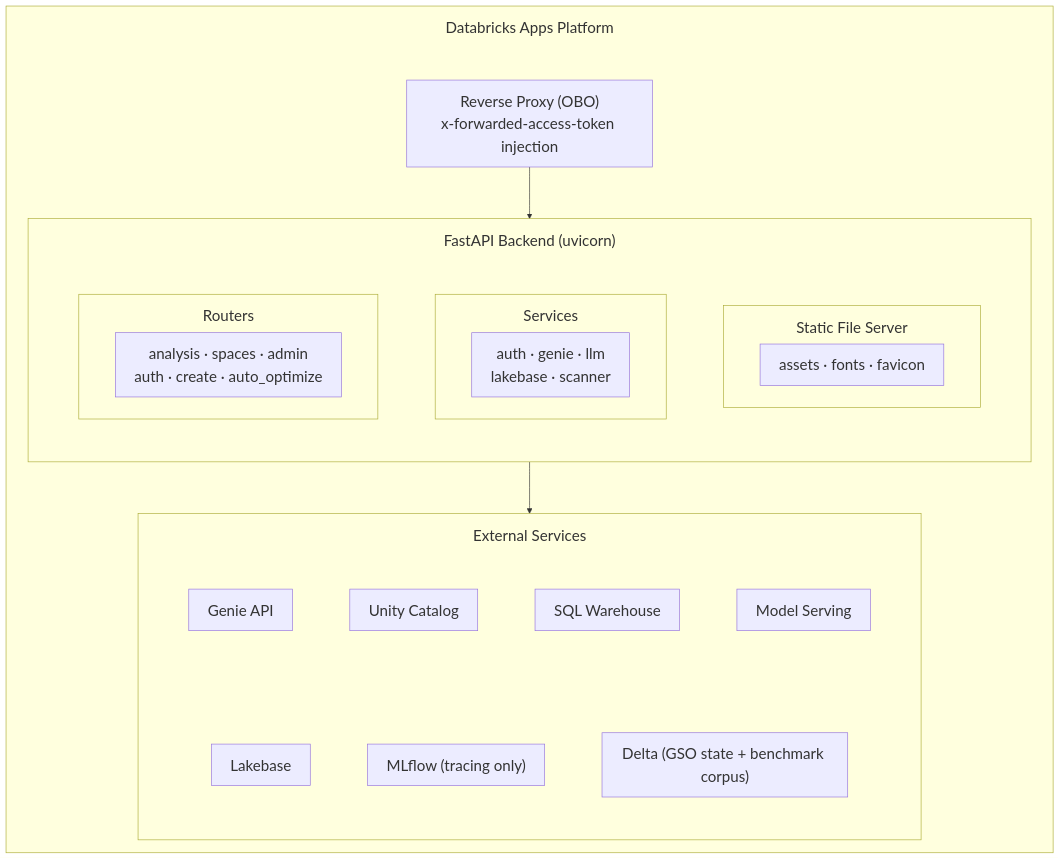
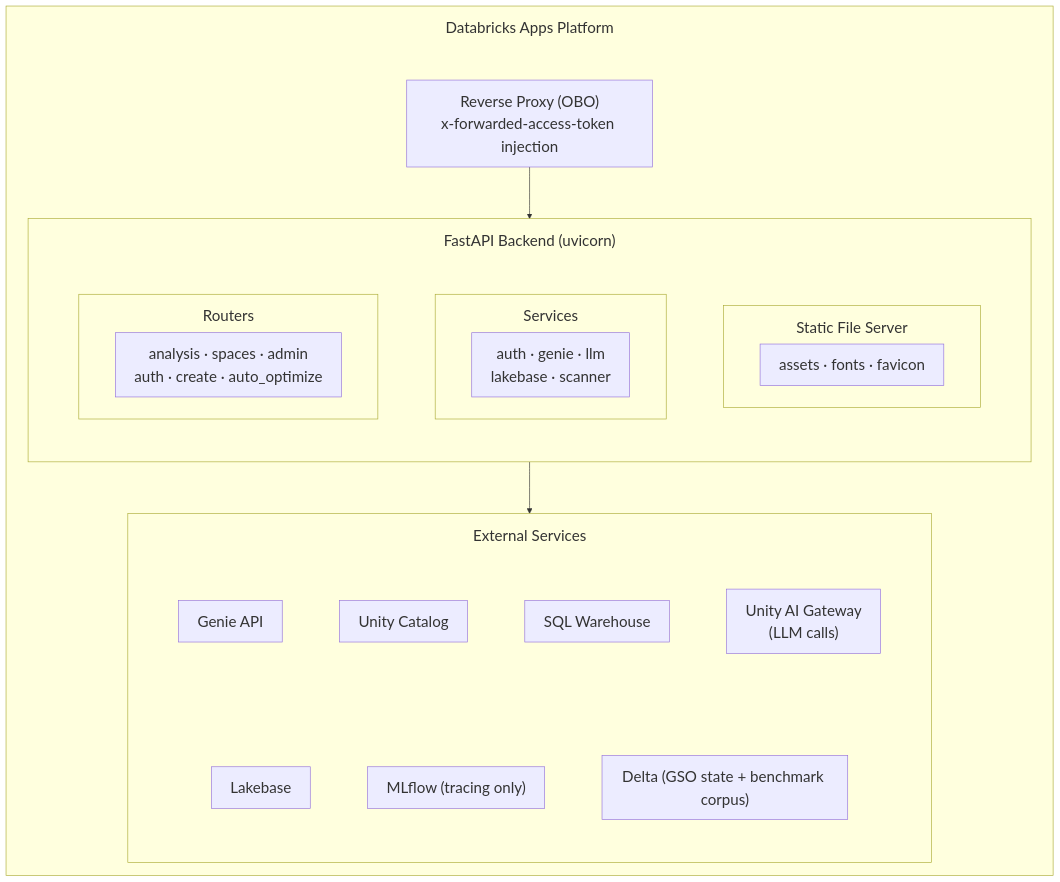
The diagram in docs/docs/getting-started/architecture-overview.md (databricks-solutions/databricks-genie-workbench), drawn with Mermaid before and after one commit. The commit also changed other lines of this file and 10 other files, not shown here.

First line of the commit message:
docs: document Unity AI Gateway model access, troubleshooting, and cost attribution

````diff
--- a/docs/docs/getting-started/architecture-overview.md
+++ b/docs/docs/getting-started/architecture-overview.md
@@ -12,50 +12,50 @@
 ```mermaid
 %%{init: {'flowchart': {'wrappingWidth': 330, 'rankSpacing': 16, 'subGraphTitleMargin': {'top': 16, 'bottom': 10}}, 'themeVariables': {'fontSize': '24px'}}}%%
 flowchart TB
     subgraph platform["Databricks Apps Platform"]
         direction TB
         pTop[" "]
         proxy["Reverse Proxy (OBO)<br/>x-forwarded-access-token injection"]
         subgraph backend["FastAPI Backend (uvicorn)"]
             direction TB
             subgraph bRow[" "]
                 direction LR
                 subgraph bRouters["Routers"]
                     rContent["analysis · spaces · admin<br/>auth · create · auto_optimize"]
                 end
                 subgraph bServices["Services"]
                     sContent["auth · genie · llm<br/>lakebase · scanner"]
                 end
                 subgraph bStatic["Static File Server"]
                     stContent["assets · fonts · favicon"]
                 end
                 bRouters ~~~ bServices ~~~ bStatic
             end
         end
         subgraph ext["External Services"]
             direction TB
             subgraph eRow1[" "]
                 direction LR
-                genie["Genie API"] ~~~ uc["Unity Catalog"] ~~~ wh["SQL Warehouse"] ~~~ ms["Model Serving"]
+                genie["Genie API"] ~~~ uc["Unity Catalog"] ~~~ wh["SQL Warehouse"] ~~~ ms["Unity AI Gateway<br/>(LLM calls)"]
             end
             subgraph eRow2[" "]
                 direction LR
                 lb["Lakebase"] ~~~ mlflow["MLflow (tracing only)"] ~~~ delta["Delta (GSO state + benchmark corpus)"]
             end
             eRow1 ~~~ eRow2
         end
         pTop ~~~ proxy
         proxy ---> backend
         backend ---> ext
     end
 
     style bRow fill:none,stroke:none
     style pTop fill:none,stroke:none
     style eRow1 fill:none,stroke:none
     style eRow2 fill:none,stroke:none
 
     class platform gw-l0
     class backend,ext gw-l1
     class bRouters,bServices,bStatic gw-l2
     class proxy,rContent,sContent,stContent,genie,uc,wh,ms,lb,mlflow,delta gw-node
 ```
````
